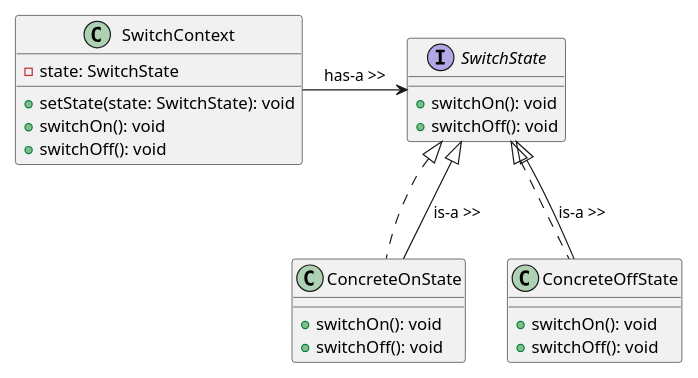
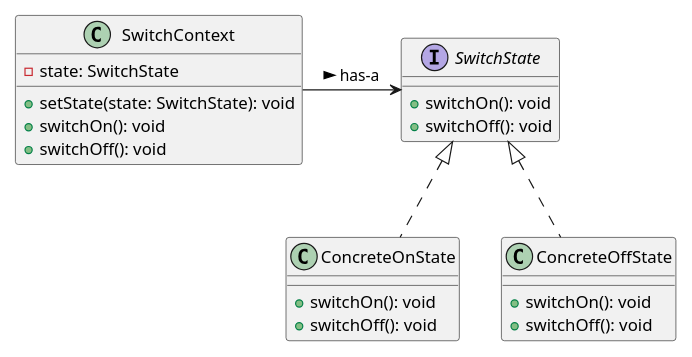
Before and after one commit to MC-Spraint/DSA-IN_TS-2024: the first of 11 diagrams in interview_prep/diagram.md, drawn with PlantUML. The commit also changed other lines of this file and 7 other files, not shown here.

```diff
--- a/interview_prep/diagram.md
+++ b/interview_prep/diagram.md
@@ -6,28 +6,27 @@
 @startuml
 scale 0.8
 interface SwitchState {
   + switchOn(): void
   + switchOff(): void
 }
 
 class ConcreteOnState implements SwitchState {
   + switchOn(): void
   + switchOff(): void
 }
 
 class ConcreteOffState implements SwitchState {
   + switchOn(): void
   + switchOff(): void
 }
 
 class SwitchContext {
   - state: SwitchState
   + setState(state: SwitchState): void
   + switchOn(): void
   + switchOff(): void
 }
 
-SwitchState <|-- ConcreteOnState : is-a >>
-SwitchState <|-- ConcreteOffState : is-a >>
-SwitchContext -right-> SwitchState : has-a >>
+
+SwitchContext -right-> SwitchState : has-a >
 @enduml
```
